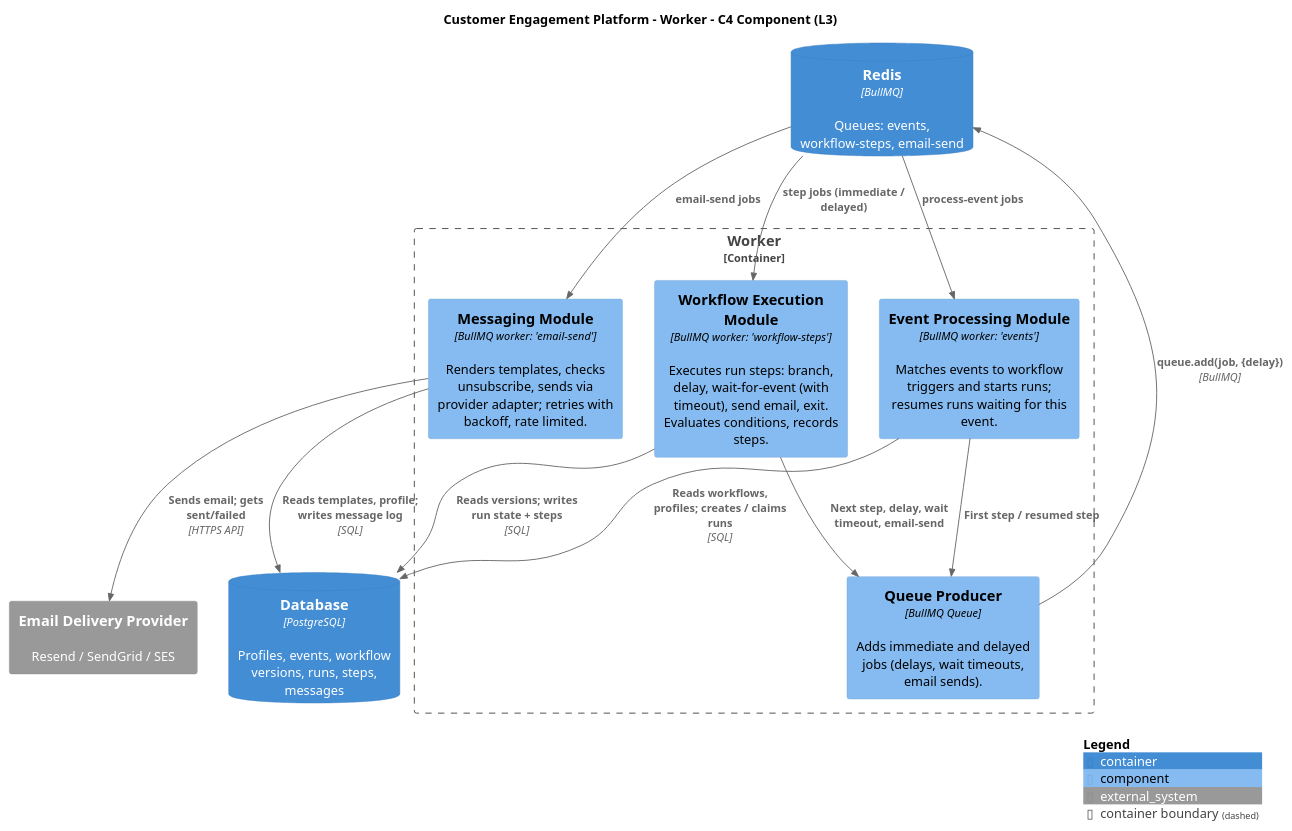
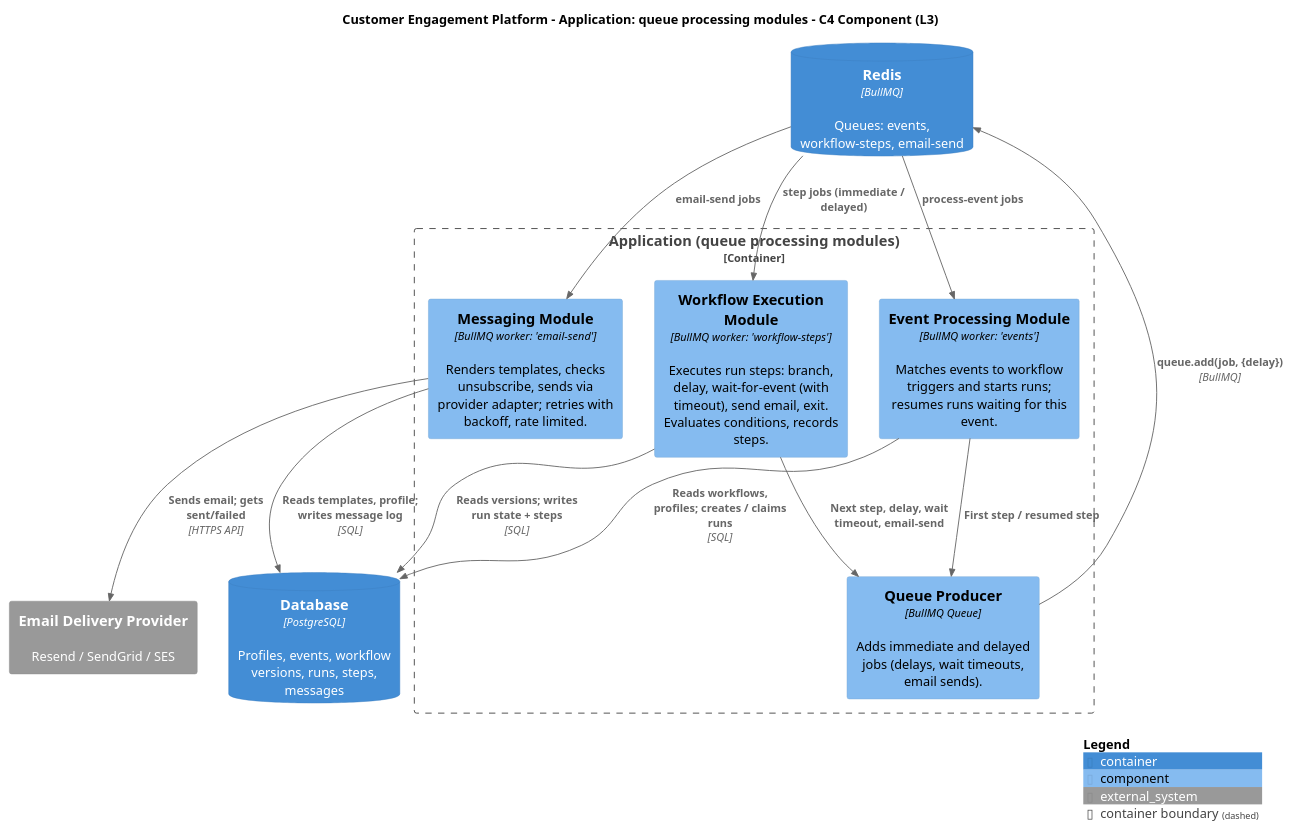
The diagram in documentation/c4-component-workflow.puml (myroslavve/customer-engagement-platform), drawn with PlantUML before and after one commit. The commit also changed 17 other files, not shown here.

```diff
--- a/documentation/c4-component-workflow.puml
+++ b/documentation/c4-component-workflow.puml
@@ -1,32 +1,32 @@
 @startuml C4_L3_Worker
 !include <C4/C4_Component>
 
 LAYOUT_TOP_DOWN()
-title Customer Engagement Platform - Worker - C4 Component (L3)
+title Customer Engagement Platform - Application: queue processing modules - C4 Component (L3)
 
 ContainerDb(redis, "Redis", "BullMQ", "Queues: events, workflow-steps, email-send")
 ContainerDb(pg, "Database", "PostgreSQL", "Profiles, events, workflow versions, runs, steps, messages")
 System_Ext(email, "Email Delivery Provider", "Resend / SendGrid / SES")
 
-Container_Boundary(worker, "Worker") {
+Container_Boundary(worker, "Application (queue processing modules)") {
   Component(eventsMod, "Event Processing Module", "BullMQ worker: 'events'", "Matches events to workflow triggers and starts runs; resumes runs waiting for this event.")
   Component(execMod, "Workflow Execution Module", "BullMQ worker: 'workflow-steps'", "Executes run steps: branch, delay, wait-for-event (with timeout), send email, exit. Evaluates conditions, records steps.")
   Component(msgMod, "Messaging Module", "BullMQ worker: 'email-send'", "Renders templates, checks unsubscribe, sends via provider adapter; retries with backoff, rate limited.")
   Component(producer, "Queue Producer", "BullMQ Queue", "Adds immediate and delayed jobs (delays, wait timeouts, email sends).")
 }
 
 Rel(redis, eventsMod, "process-event jobs")
 Rel(redis, execMod, "step jobs (immediate / delayed)")
 Rel(redis, msgMod, "email-send jobs")
 
 Rel(eventsMod, producer, "First step / resumed step")
 Rel(execMod, producer, "Next step, delay, wait timeout, email-send")
 Rel(producer, redis, "queue.add(job, {delay})", "BullMQ")
 
 Rel(eventsMod, pg, "Reads workflows, profiles; creates / claims runs", "SQL")
 Rel(execMod, pg, "Reads versions; writes run state + steps", "SQL")
 Rel(msgMod, pg, "Reads templates, profile; writes message log", "SQL")
 Rel(msgMod, email, "Sends email; gets sent/failed", "HTTPS API")
 
 SHOW_LEGEND()
 @enduml
```
